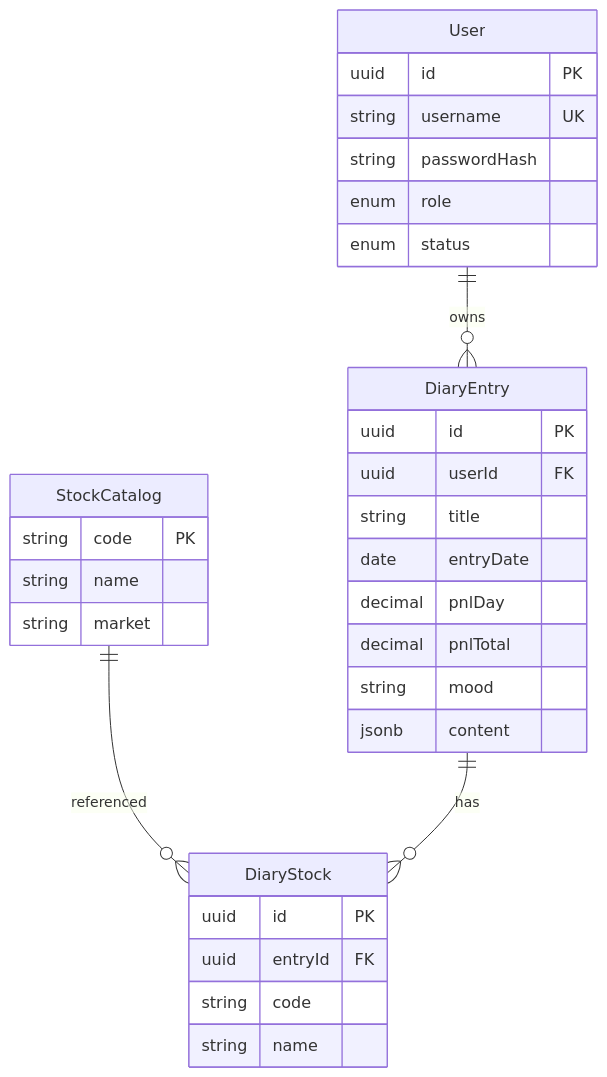
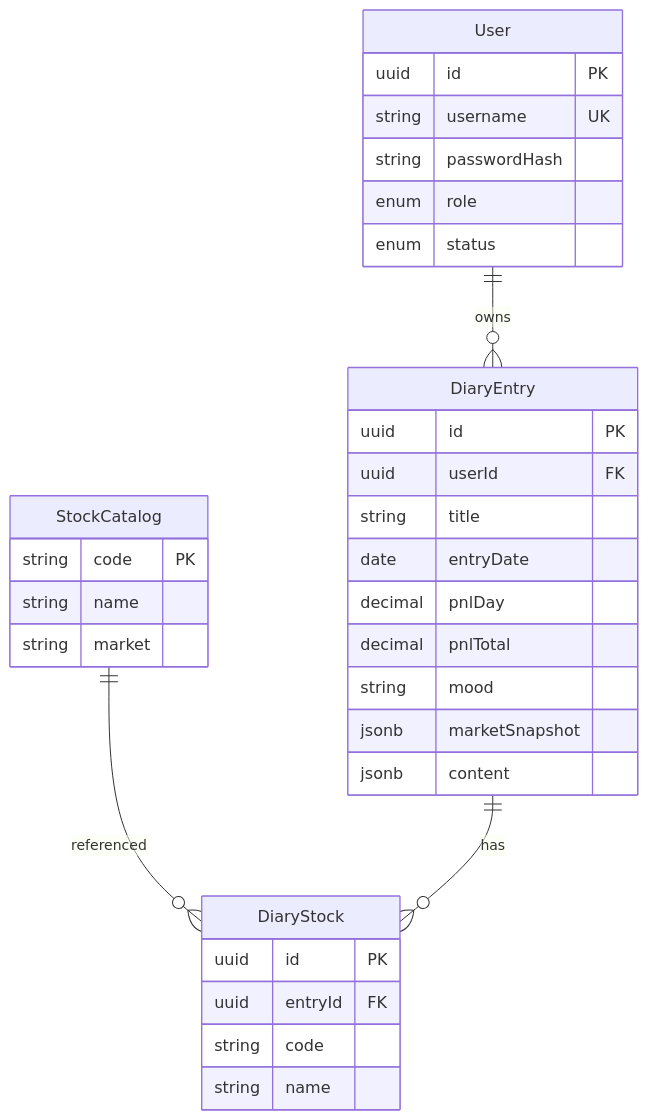
Before and after one commit to immtt/daily: the diagram in docs/05-数据库设计.md, drawn with Mermaid. The commit also changed other lines of this file and 70 other files, not shown here.

````diff
--- a/docs/05-数据库设计.md
+++ b/docs/05-数据库设计.md
@@ -7,38 +7,39 @@
 ```mermaid
 erDiagram
   User ||--o{ DiaryEntry : owns
   StockCatalog ||--o{ DiaryStock : referenced
   DiaryEntry ||--o{ DiaryStock : has
 
   User {
     uuid id PK
     string username UK
     string passwordHash
     enum role
     enum status
   }
 
   DiaryEntry {
     uuid id PK
     uuid userId FK
     string title
     date entryDate
     decimal pnlDay
     decimal pnlTotal
     string mood
+    jsonb marketSnapshot
     jsonb content
   }
 
   DiaryStock {
     uuid id PK
     uuid entryId FK
     string code
     string name
   }
 
   StockCatalog {
     string code PK
     string name
     string market
   }
 ```
````
